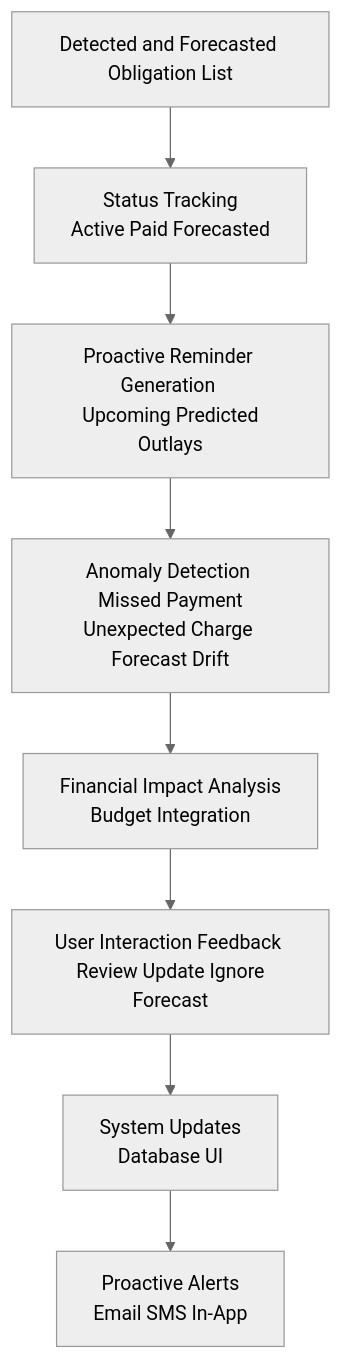
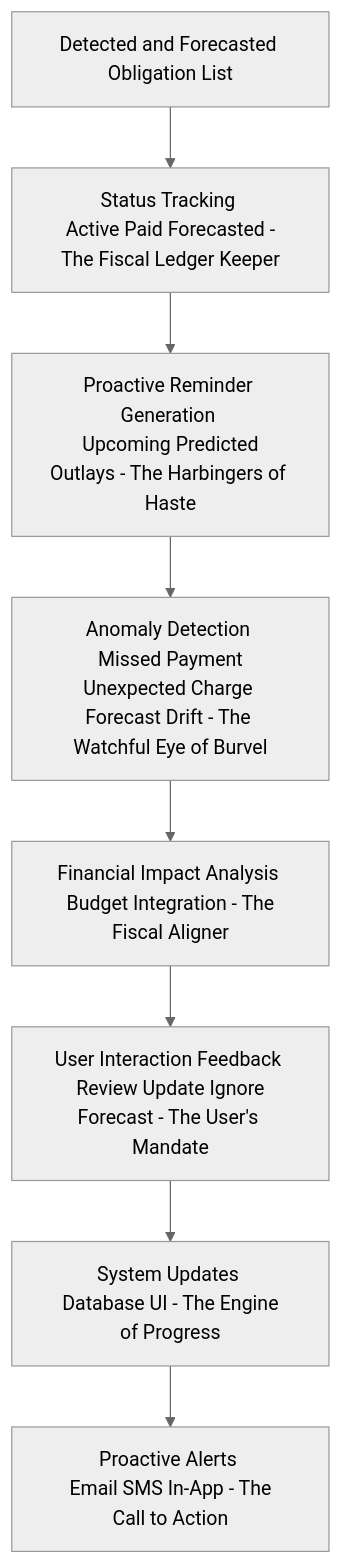
The sixth of 10 diagrams in inventions/inventions/006_ai_subscription_detection/008_ai_irregular_expense_prediction.md (diplomat-bit/Citibank_Demo_Business_Inc_Demonstration-), drawn with Mermaid (neutral theme) before and after one commit. The commit also changed other lines of this file, not shown here.

````diff
--- a/inventions/inventions/006_ai_subscription_detection/008_ai_irregular_expense_prediction.md
+++ b/inventions/inventions/006_ai_subscription_detection/008_ai_irregular_expense_prediction.md
@@ -227,10 +228,10 @@
 ```mermaid
 graph TD
-    A[Detected and Forecasted Obligation List] --> B[Status Tracking <br/> Active Paid Forecasted]
-    B --> C[Proactive Reminder Generation <br/> Upcoming Predicted Outlays]
-    C --> D[Anomaly Detection <br/> Missed Payment Unexpected Charge Forecast Drift]
-    D --> E[Financial Impact Analysis <br/> Budget Integration]
-    E --> F[User Interaction Feedback <br/> Review Update Ignore Forecast]
-    F --> G[System Updates <br/> Database UI]
-    G --> H[Proactive Alerts <br/> Email SMS In-App]
+    A[Detected and Forecasted Obligation List] --> B[Status Tracking <br/> Active Paid Forecasted - The Fiscal Ledger Keeper]
+    B --> C[Proactive Reminder Generation <br/> Upcoming Predicted Outlays - The Harbingers of Haste]
+    C --> D[Anomaly Detection <br/> Missed Payment Unexpected Charge Forecast Drift - The Watchful Eye of Burvel]
+    D --> E[Financial Impact Analysis <br/> Budget Integration - The Fiscal Aligner]
+    E --> F[User Interaction Feedback <br/> Review Update Ignore Forecast - The User's Mandate]
+    F --> G[System Updates <br/> Database UI - The Engine of Progress]
+    G --> H[Proactive Alerts <br/> Email SMS In-App - The Call to Action]
 ```
````
